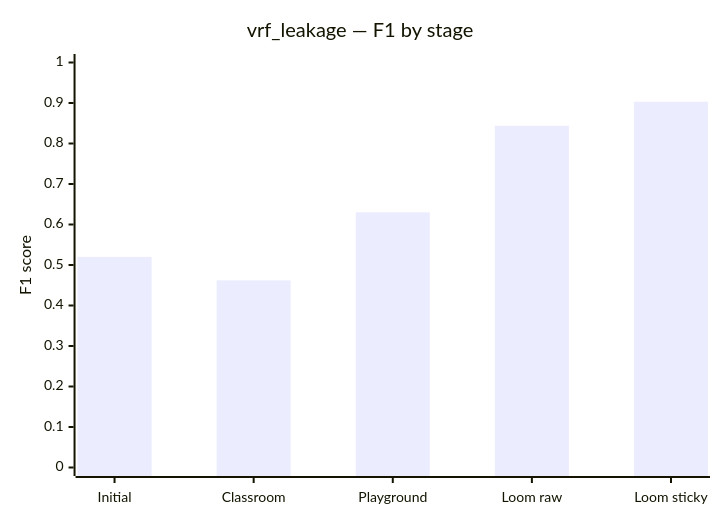
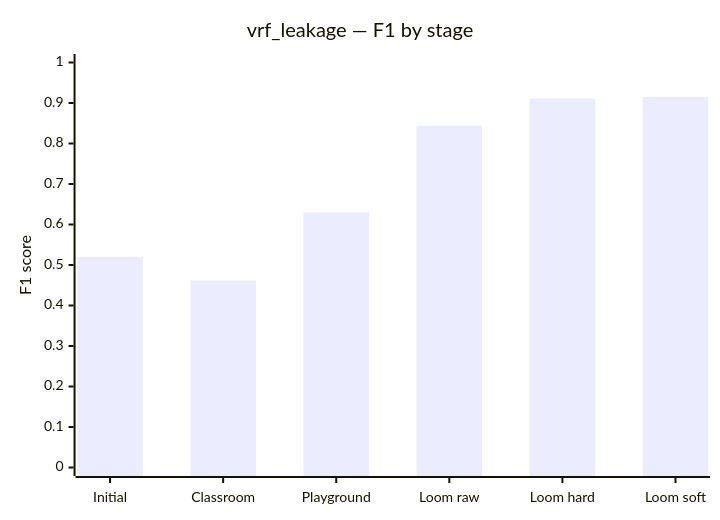
Before and after one commit to sahilshaik13/deca-isro: the fifth of 5 diagrams in docs/DECA_TEST_SCORES.md, drawn with Mermaid. The commit also changed other lines of this file and 11 other files, not shown here.

````diff
--- a/docs/DECA_TEST_SCORES.md
+++ b/docs/DECA_TEST_SCORES.md
@@ -271,7 +348,7 @@
 ```mermaid
 xychart-beta
     title "vrf_leakage — F1 by stage"
-    x-axis [Initial, Classroom, Playground, "Loom raw", "Loom sticky"]
+    x-axis [Initial, Classroom, Playground, "Loom raw", "Loom hard", "Loom soft"]
     y-axis "F1 score" 0 --> 1
-    bar [0.52, 0.462, 0.63, 0.844, 0.903]
+    bar [0.52, 0.462, 0.63, 0.844, 0.911, 0.915]
 ```
````
